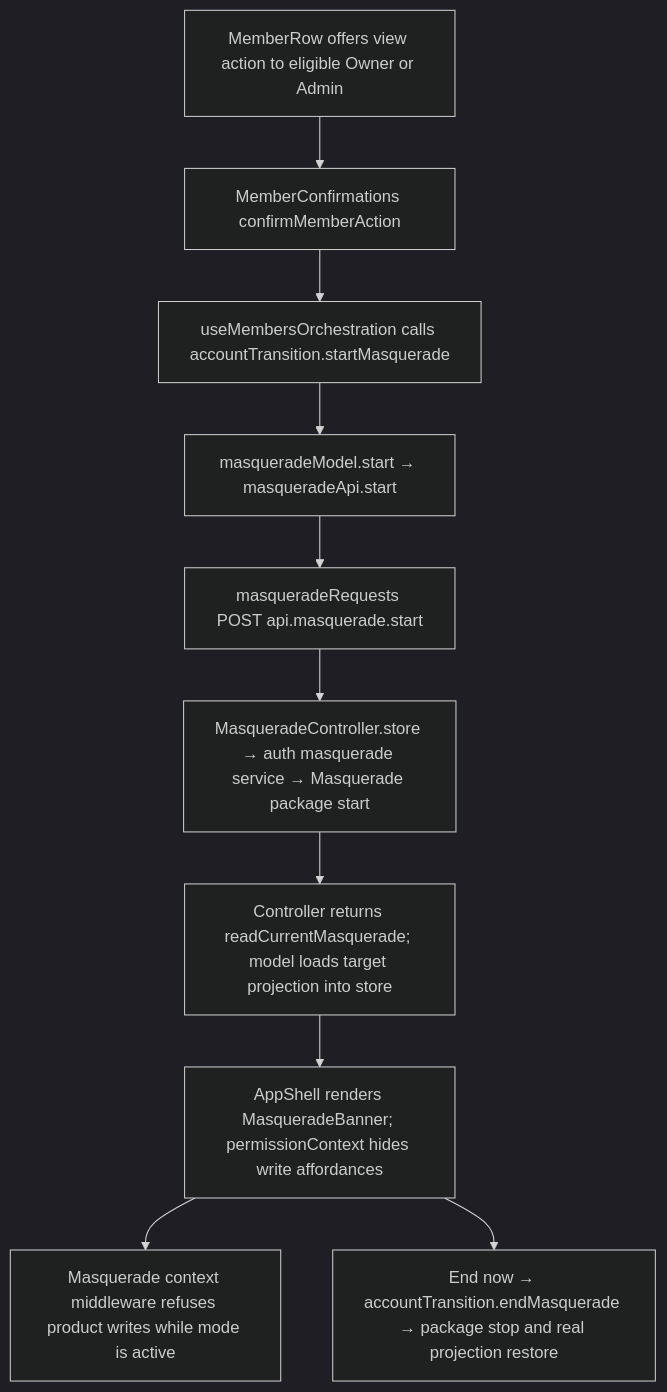
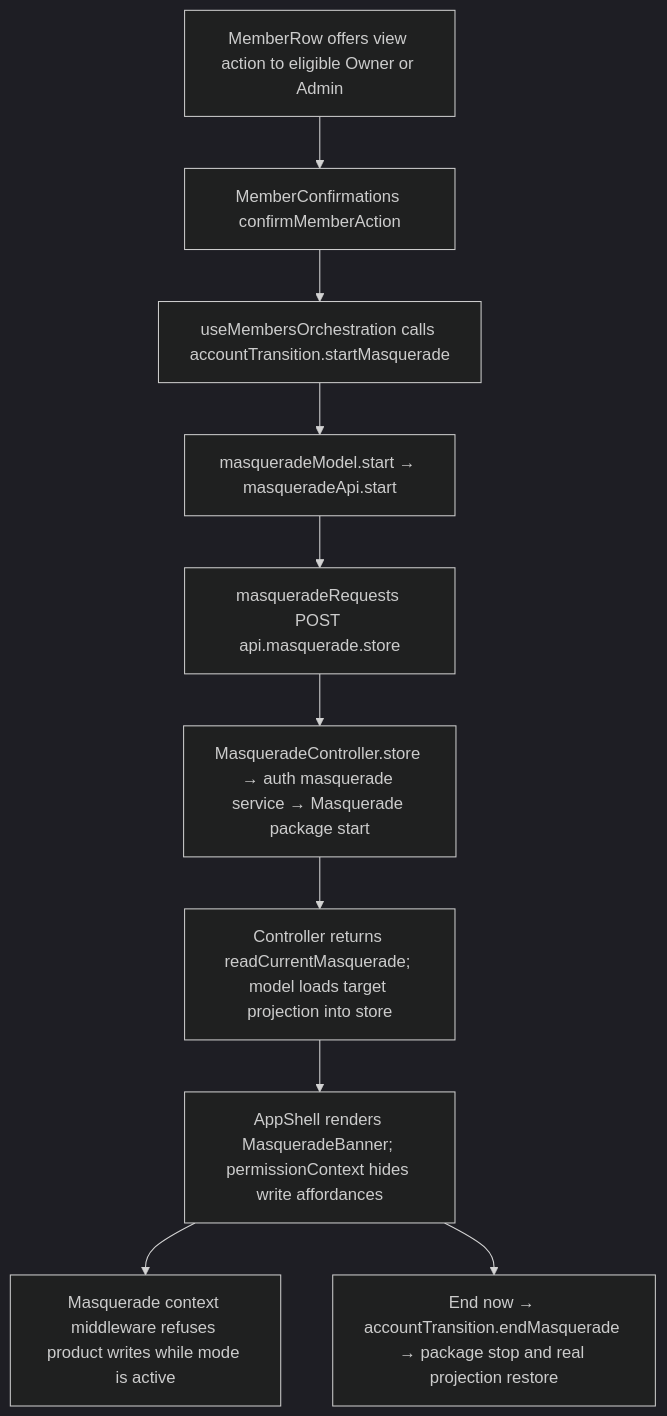
The second of 2 diagrams in user-stories/team/US-TEAM-08-view-as-member.md (Kevinjohn/capacitylens), drawn with Mermaid (dark theme) before and after one commit. The commit also changed 153 other files, not shown here.

````diff
--- a/user-stories/team/US-TEAM-08-view-as-member.md
+++ b/user-stories/team/US-TEAM-08-view-as-member.md
@@ -32,12 +32,12 @@
 ```mermaid
 flowchart TD
     Row["MemberRow offers view action to eligible Owner or Admin"] --> Confirm["MemberConfirmations confirmMemberAction"]
     Confirm --> Start["useMembersOrchestration calls accountTransition.startMasquerade"]
     Start --> Model["masqueradeModel.start → masqueradeApi.start"]
-    Model --> Request["masqueradeRequests POST api.masquerade.start"]
+    Model --> Request["masqueradeRequests POST api.masquerade.store"]
     Request --> Server["MasqueradeController.store → auth masquerade service → Masquerade package start"]
     Server --> Projection["Controller returns readCurrentMasquerade; model loads target projection into store"]
     Projection --> Banner["AppShell renders MasqueradeBanner; permissionContext hides write affordances"]
     Banner --> ReadOnly["Masquerade context middleware refuses product writes while mode is active"]
     Banner --> End["End now → accountTransition.endMasquerade → package stop and real projection restore"]
 ```
````
